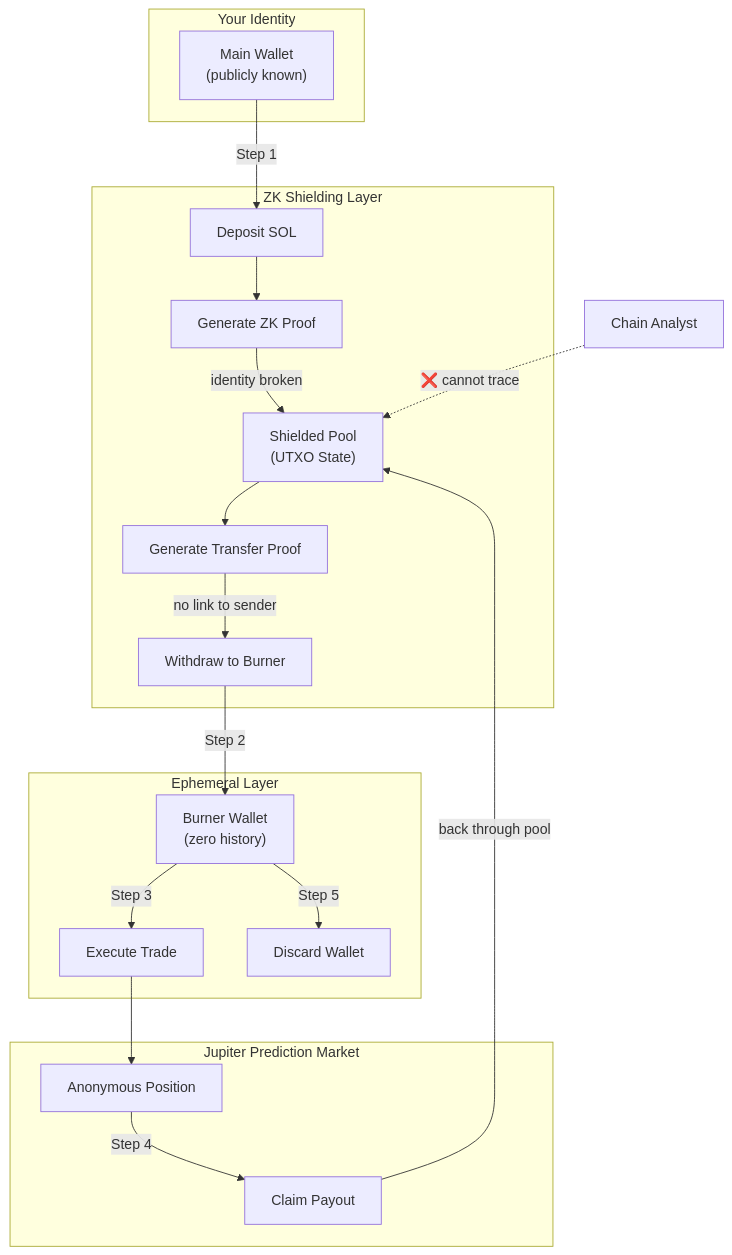
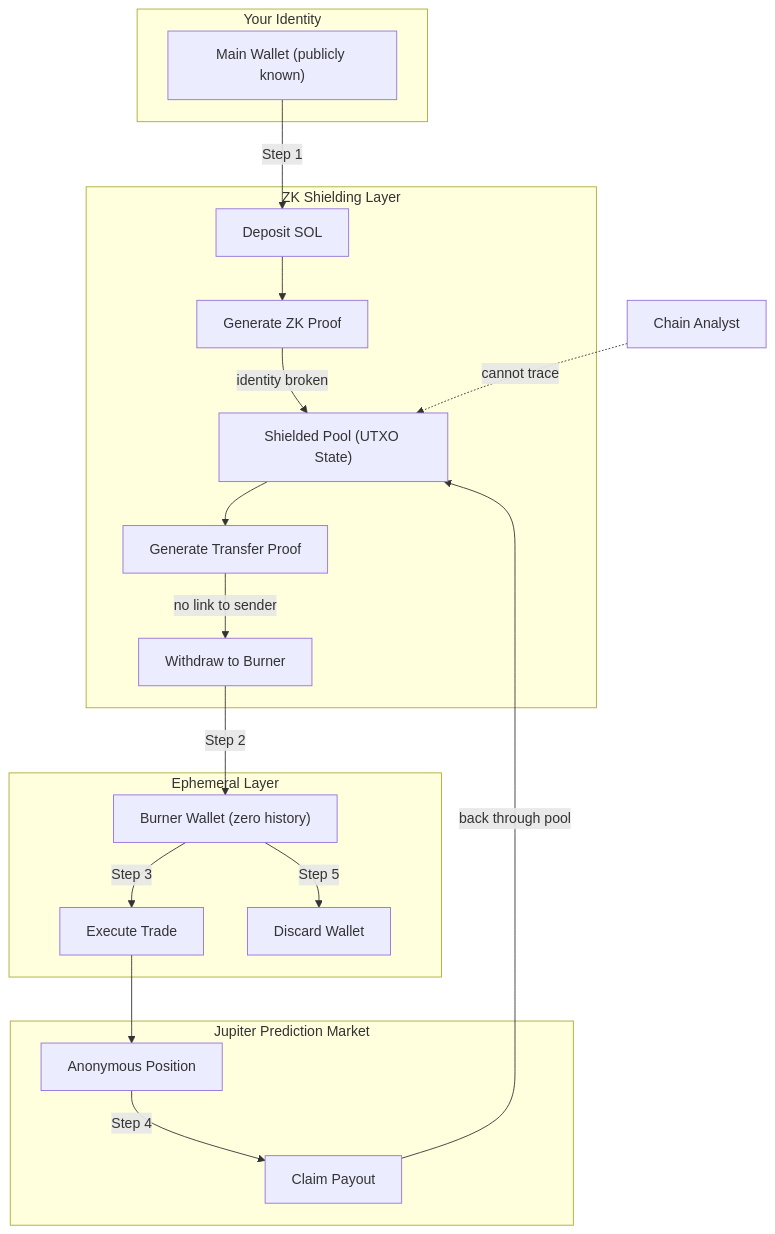
The third of 13 diagrams in ARCHITECTURE.md (bri-anadi/frequencii), drawn with Mermaid before and after one commit. The commit also changed other lines of this file and 1 other file, not shown here.

````diff
--- a/ARCHITECTURE.md
+++ b/ARCHITECTURE.md
@@ -117,39 +117,39 @@
 ```mermaid
 flowchart TB
     subgraph Identity["Your Identity"]
-        MainWallet["Main Wallet\n(publicly known)"]
+        MainWallet["Main Wallet (publicly known)"]
     end
 
     subgraph Shielding["ZK Shielding Layer"]
         Deposit["Deposit SOL"]
         ZKProof1["Generate ZK Proof"]
-        Pool["Shielded Pool\n(UTXO State)"]
+        Pool["Shielded Pool (UTXO State)"]
         ZKProof2["Generate Transfer Proof"]
         Withdraw["Withdraw to Burner"]
     end
 
     subgraph Ephemeral["Ephemeral Layer"]
-        Burner["Burner Wallet\n(zero history)"]
+        Burner["Burner Wallet (zero history)"]
         Trade["Execute Trade"]
         Discard["Discard Wallet"]
     end
 
     subgraph Market["Jupiter Prediction Market"]
         Position["Anonymous Position"]
         Payout["Claim Payout"]
     end
 
     MainWallet -->|"Step 1"| Deposit
     Deposit --> ZKProof1
     ZKProof1 -->|"identity broken"| Pool
     Pool --> ZKProof2
     ZKProof2 -->|"no link to sender"| Withdraw
     Withdraw -->|"Step 2"| Burner
     Burner -->|"Step 3"| Trade
     Trade --> Position
     Position -->|"Step 4"| Payout
     Payout -->|"back through pool"| Pool
     Burner -->|"Step 5"| Discard
 
-    Analyst["Chain Analyst"] -.->|"❌ cannot trace"| Pool
+    Analyst["Chain Analyst"] -.->|"cannot trace"| Pool
 ```
````
